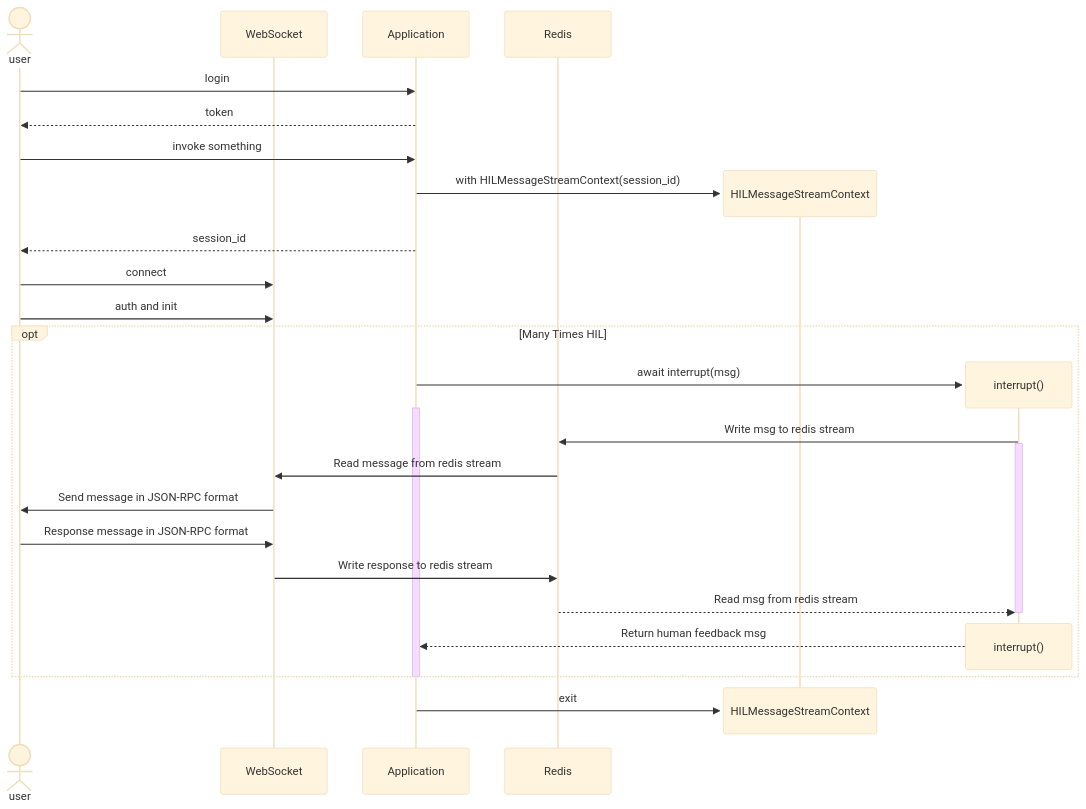
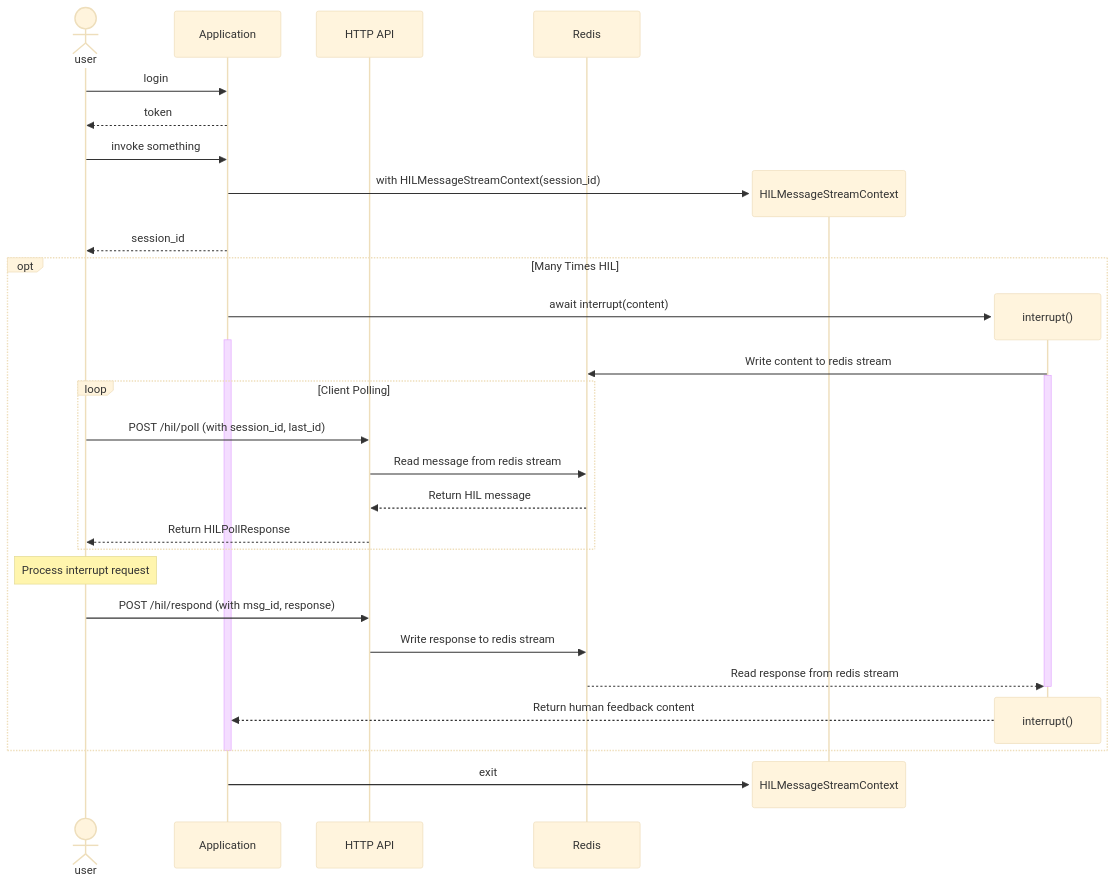
Before and after one commit to 1071969980/IDIOT: the first of 2 diagrams in docs/source/Components/Human In The Loop.rst, drawn with Mermaid (base theme). The commit also changed other lines of this file and 6 other files, not shown here.

```diff
--- a/docs/source/Components/Human In The Loop.rst
+++ b/docs/source/Components/Human In The Loop.rst
@@ -11,52 +20,54 @@
 .. mermaid::
     :zoom:
-    :caption: 图上角色的激活代表异步函数的等待
+    :caption: HTTP 长轮询模式的HIL交互时序图
 
     sequenceDiagram
 
         actor user
-        participant ws as WebSocket
         participant app as Application
+        participant http as HTTP API
         participant rd as Redis
 
         user ->> app: login
         app -->> user: token
 
         user ->> app: invoke something
 
         create participant ctx as HILMessageStreamContext
         app ->> ctx: with HILMessageStreamContext(session_id)
         app -->> user: session_id
 
-        user ->> ws: connect 
-        user ->> ws: auth and init
-        
         opt Many Times HIL
 
             create participant int as interrupt()
 
-            app ->> int: await interrupt(msg)
+            app ->> int: await interrupt(content)
             activate app
 
-            int ->> rd: Write msg to redis stream
+            int ->> rd: Write content to redis stream
             activate int
 
-            rd ->> ws: Read message from redis stream
-            ws ->> user: Send message in JSON-RPC format
+            loop Client Polling
+                user ->> http: POST /hil/poll (with session_id, last_id)
+                http ->> rd: Read message from redis stream
+                rd -->> http: Return HIL message
+                http -->> user: Return HILPollResponse
+            end
 
-            user ->> ws: Response message in JSON-RPC format
-            ws ->> rd: Write response to redis stream
-            
-            rd -->> int: Read msg from redis stream
+            Note over user: Process interrupt request
+            user ->> http: POST /hil/respond (with msg_id, response)
+            http ->> rd: Write response to redis stream
+
+            rd -->> int: Read response from redis stream
             deactivate int
 
             destroy int
-            int -->> app: Return human feedback msg
-            
+            int -->> app: Return human feedback content
+
 
         end
-        
+
         deactivate app
-        
+
         destroy ctx
         app ->> ctx: exit
```
